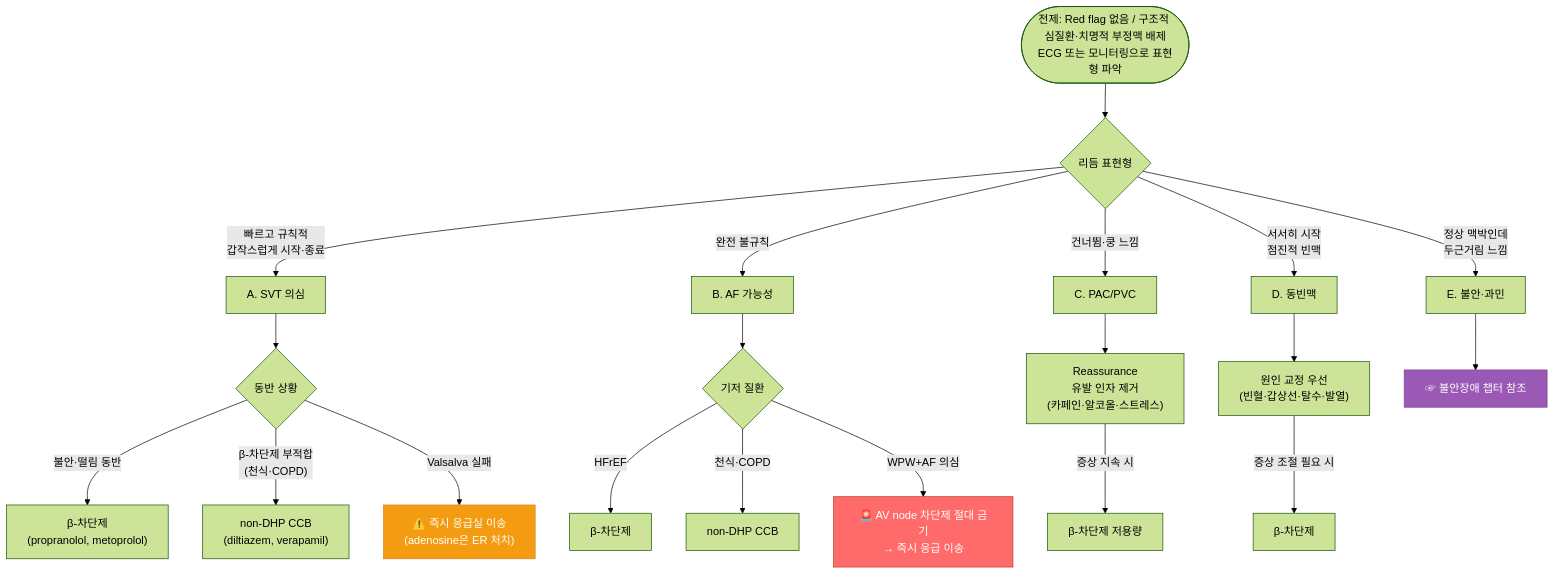
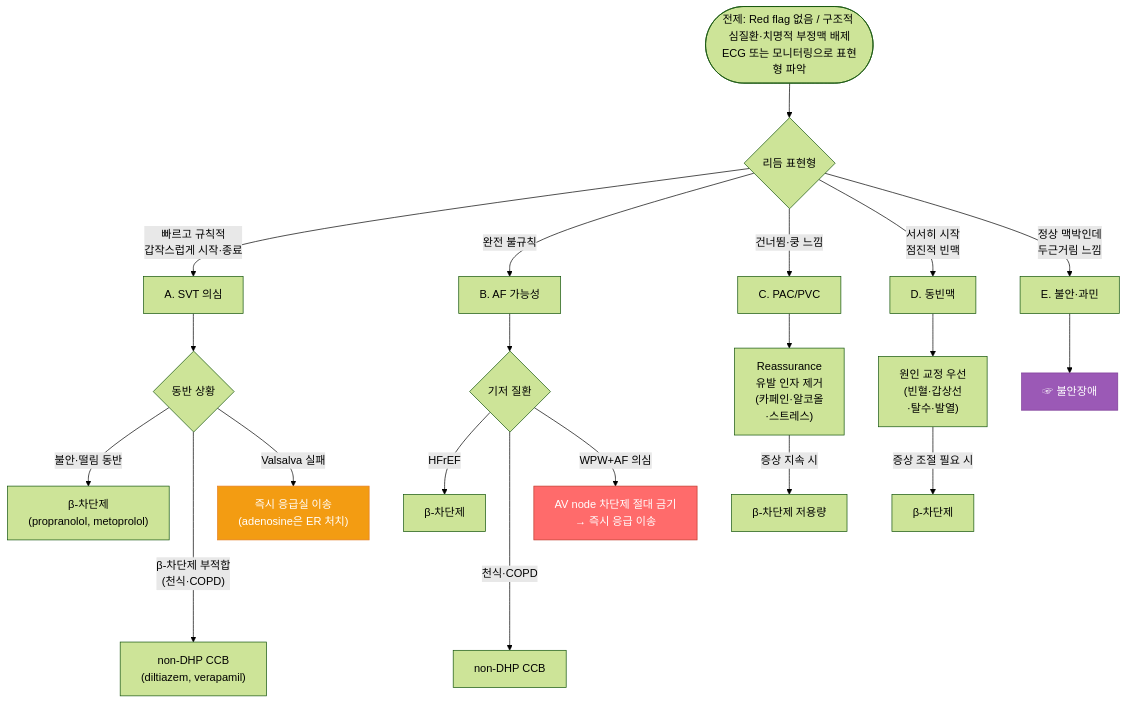
Before and after one commit to familyoh77/familyoh77: the diagram in 220_/009_-palpitation.md, drawn with Mermaid (forest theme).

Commit message:
GITBOOK-744: No subject

````diff
--- a/220_/009_-palpitation.md
+++ b/220_/009_-palpitation.md
@@ -194,32 +194,32 @@
 ```mermaid
 graph TD
     Start(["전제: Red flag 없음 / 구조적 심질환·치명적 부정맥 배제<br/>ECG 또는 모니터링으로 표현형 파악"]) --> Rhythm{리듬 표현형}
 
     Rhythm -->|"빠르고 규칙적<br/>갑작스럽게 시작·종료"| SVT["A. SVT 의심"]
     Rhythm -->|"완전 불규칙"| AF["B. AF 가능성"]
     Rhythm -->|"건너뜀·쿵 느낌"| PVC["C. PAC/PVC"]
     Rhythm -->|"서서히 시작<br/>점진적 빈맥"| Sinus["D. 동빈맥"]
     Rhythm -->|"정상 맥박인데<br/>두근거림 느낌"| Anxiety["E. 불안·과민"]
 
     SVT --> SVT1{"동반 상황"}
     SVT1 -->|"불안·떨림 동반"| BB1["β-차단제<br/>(propranolol, metoprolol)"]
-    SVT1 -->|"β-차단제 부적합<br/>(천식·COPD)"| CCB1["non-DHP CCB<br/>(diltiazem, verapamil)"]
-    SVT1 -->|"Valsalva 실패"| ER1["⚠️ 즉시 응급실 이송<br/>(adenosine은 ER 처치)"]
+    SVT1 ---->|"β-차단제 부적합<br/>(천식·COPD)"| CCB1["non-DHP CCB<br/>(diltiazem, verapamil)"]
+    SVT1 -->|"Valsalva 실패"| ER1["즉시 응급실 이송<br/>(adenosine은 ER 처치)"]
 
     AF --> AF1{"기저 질환"}
     AF1 -->|"HFrEF"| BB2["β-차단제"]
-    AF1 -->|"천식·COPD"| CCB2["non-DHP CCB"]
-    AF1 -->|"WPW+AF 의심"| WPW["🚨 AV node 차단제 절대 금기<br/>→ 즉시 응급 이송"]
+    AF1 ---->|"천식·COPD"| CCB2["non-DHP CCB"]
+    AF1 -->|"WPW+AF 의심"| WPW["AV node 차단제 절대 금기<br/>→ 즉시 응급 이송"]
 
-    PVC --> PVC1["Reassurance<br/>유발 인자 제거<br/>(카페인·알코올·스트레스)"]
+    PVC --> PVC1["Reassurance<br/>유발 인자 제거<br/>(카페인·알코올<br/>·스트레스)"]
     PVC1 -->|"증상 지속 시"| BB3["β-차단제 저용량"]
 
-    Sinus --> Sinus1["원인 교정 우선<br/>(빈혈·갑상선·탈수·발열)"]
+    Sinus --> Sinus1["원인 교정 우선<br/>(빈혈·갑상선<br/>·탈수·발열)"]
     Sinus1 -->|"증상 조절 필요 시"| BB4["β-차단제"]
 
-    Anxiety --> Anxiety1["☞ 불안장애 챕터 참조"]
+    Anxiety --> Anxiety1["☞ 불안장애"]
 
     style WPW fill:#ff6b6b,stroke:#c0392b,color:#fff
     style ER1 fill:#f39c12,stroke:#e67e22,color:#fff
     style Anxiety1 fill:#9b59b6,stroke:#7d3c98,color:#fff
 ```
````
